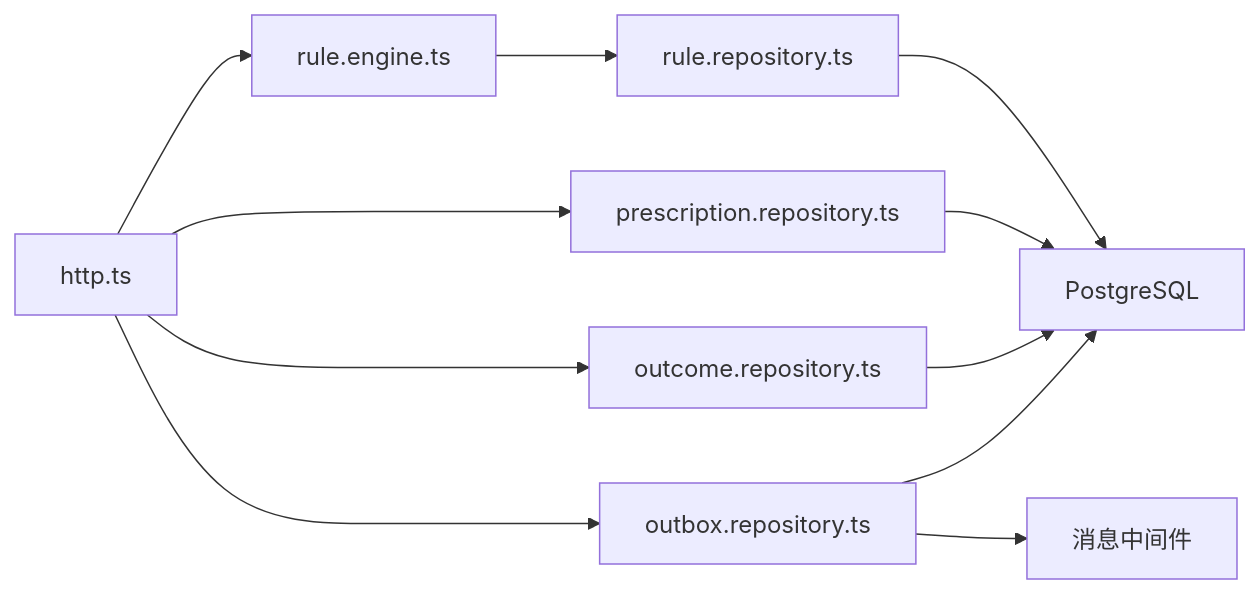
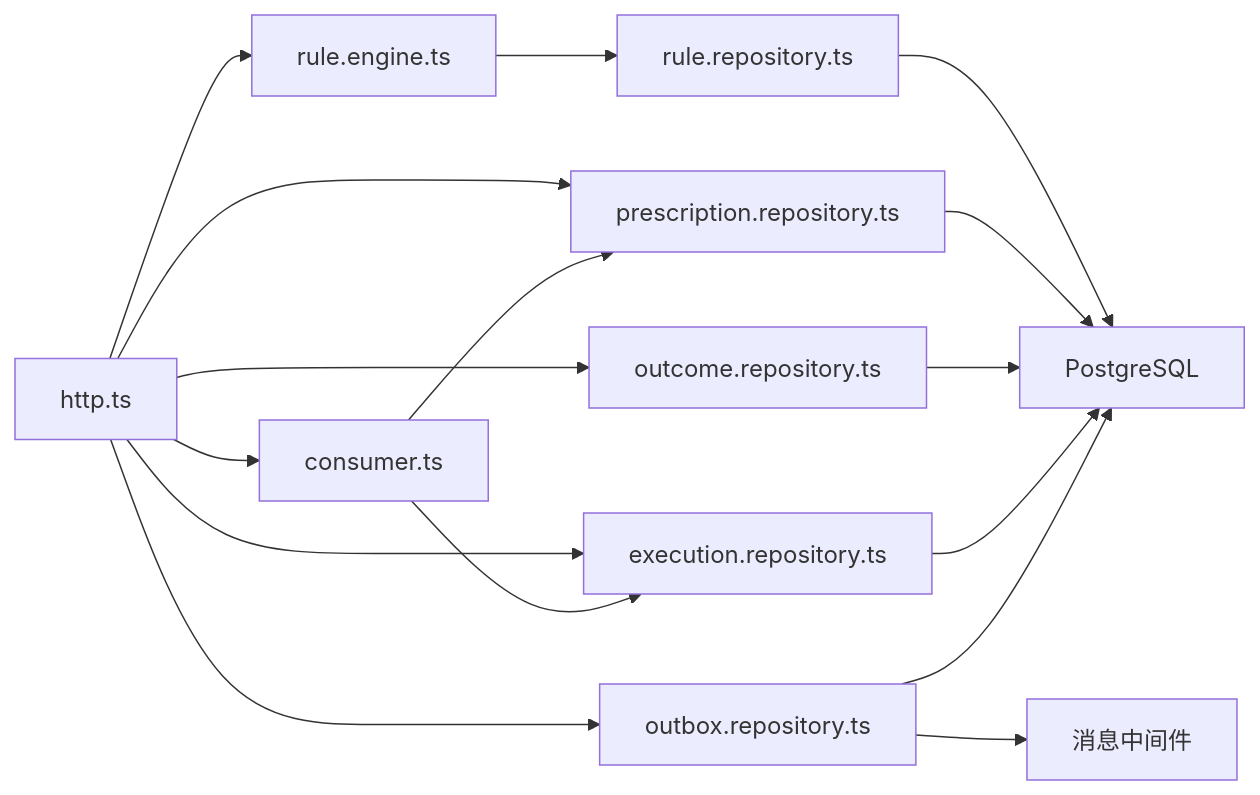
One commit to q446328246/agri-platform changed diagram 11 of 14 in .qoder/repowiki/zh/content/核心服务文档/智能决策服务/智能决策服务.md. Above: the diagram before and after it, drawn with Mermaid. The commit also changed other lines of this file and 35 other files, not shown here.

````diff
--- a/.qoder/repowiki/zh/content/核心服务文档/智能决策服务/智能决策服务.md
+++ b/.qoder/repowiki/zh/content/核心服务文档/智能决策服务/智能决策服务.md
@@ -516,13 +666,18 @@
 ```mermaid
 graph LR
 HTTP["http.ts"] --> Engine["rule.engine.ts"]
 HTTP --> PrescRepo["prescription.repository.ts"]
 HTTP --> OutcomeRepo["outcome.repository.ts"]
+HTTP --> ExecRepo["execution.repository.ts"]
 HTTP --> Outbox["outbox.repository.ts"]
+HTTP --> Consumer["consumer.ts"]
 Engine --> RuleRepo["rule.repository.ts"]
+Consumer --> ExecRepo
+Consumer --> PrescRepo
 RuleRepo --> DB["PostgreSQL"]
 PrescRepo --> DB
 OutcomeRepo --> DB
+ExecRepo --> DB
 Outbox --> DB
 Outbox --> MQ["消息中间件"]
 ```
````
